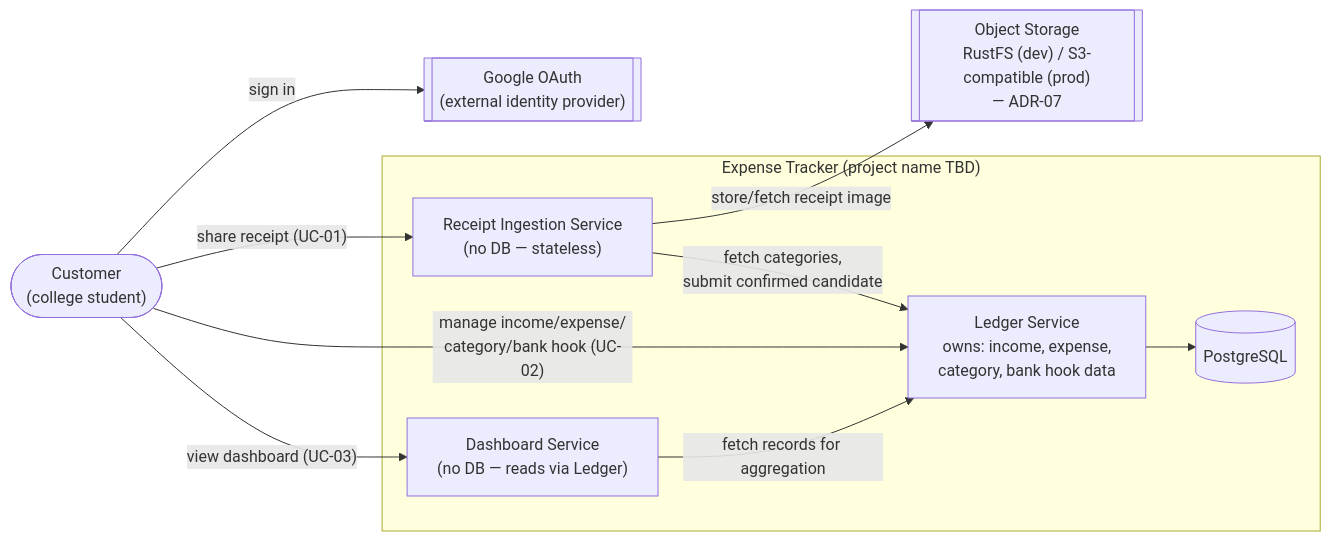
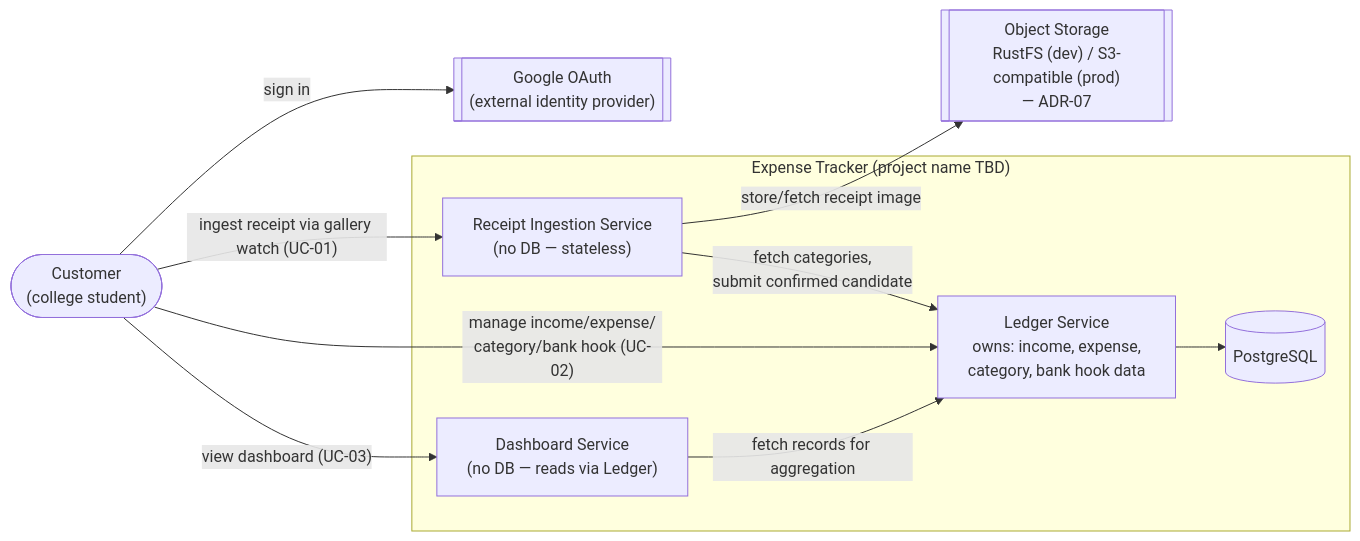
One commit to moomaideng/bogbank changed the diagram in docs/arch/microservices-design/architecture-diagram.md. Above: the diagram before and after it, drawn with Mermaid. The commit also changed 7 other files, not shown here.

Commit message:
docs: change requirement to watch media gallery instead of os share sheet

````diff
--- a/docs/arch/microservices-design/architecture-diagram.md
+++ b/docs/arch/microservices-design/architecture-diagram.md
@@ -5,23 +5,23 @@
 ```mermaid
 flowchart LR
     Customer(["Customer\n(college student)"])
     GoogleOAuth[["Google OAuth\n(external identity provider)"]]
     ObjectStorage[["Object Storage\nRustFS (dev) / S3-compatible (prod)\n— ADR-07"]]
 
     subgraph System["Expense Tracker (project name TBD)"]
         Ingestion["Receipt Ingestion Service\n(no DB — stateless)"]
         Ledger["Ledger Service\nowns: income, expense,\ncategory, bank hook data"]
         Dashboard["Dashboard Service\n(no DB — reads via Ledger)"]
         DB[("PostgreSQL")]
     end
 
     Customer -- "sign in" --> GoogleOAuth
-    Customer -- "share receipt (UC-01)" --> Ingestion
+    Customer -- "ingest receipt via gallery watch (UC-01)" --> Ingestion
     Customer -- "manage income/expense/\ncategory/bank hook (UC-02)" --> Ledger
     Customer -- "view dashboard (UC-03)" --> Dashboard
 
     Ingestion -- "store/fetch receipt image" --> ObjectStorage
     Ingestion -- "fetch categories,\nsubmit confirmed candidate" --> Ledger
     Dashboard -- "fetch records for aggregation" --> Ledger
     Ledger --> DB
 ```
````
